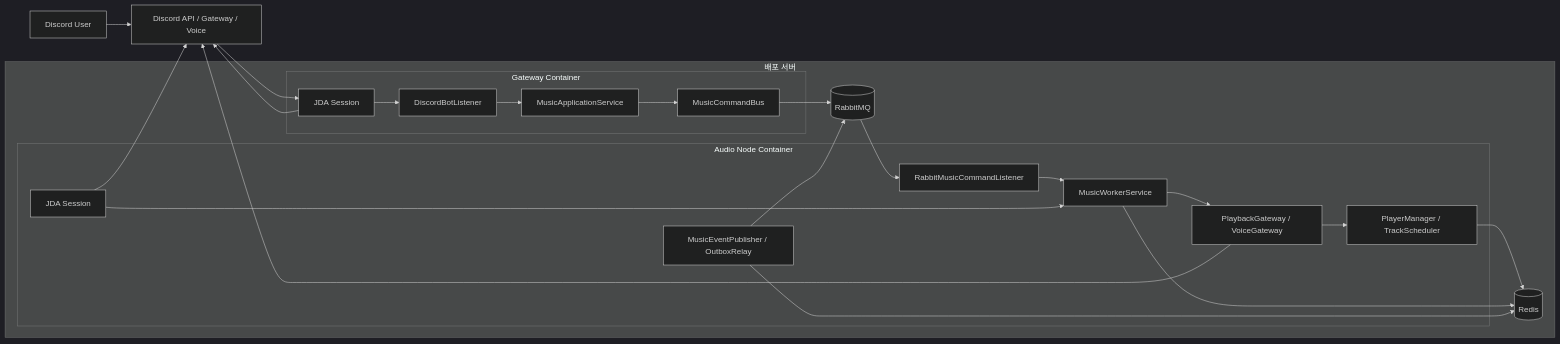
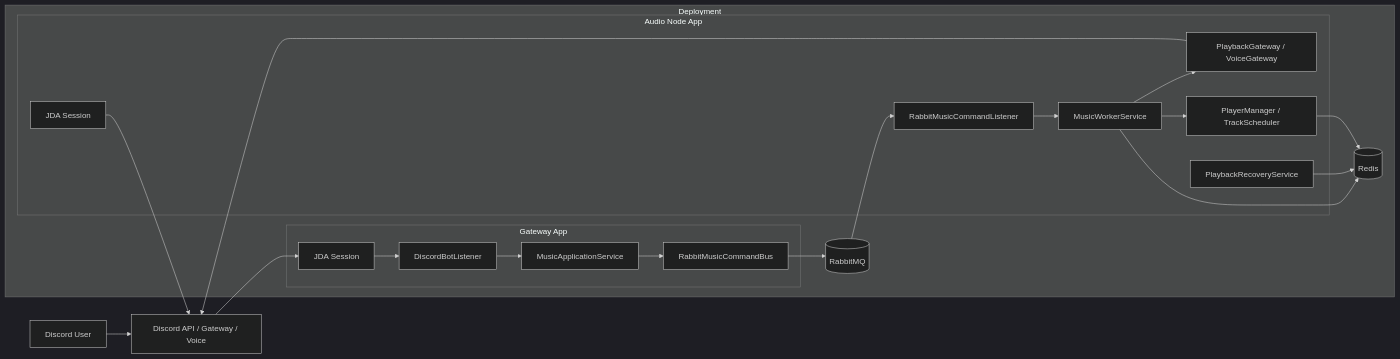
Before and after one commit to som141/dis: the diagram in docs/CURRENT_ARCHITECTURE.md, drawn with Mermaid (dark theme). The commit also changed other lines of this file and 41 other files, not shown here.

````diff
--- a/docs/CURRENT_ARCHITECTURE.md
+++ b/docs/CURRENT_ARCHITECTURE.md
@@ -17,46 +26,43 @@
 ```mermaid
 flowchart LR
     U[Discord User]
     D[Discord API / Gateway / Voice]
 
-    subgraph S[배포 서버]
-        subgraph G[Gateway Container]
+    subgraph SERVER[Deployment]
+        subgraph GATEWAY[Gateway App]
             G1[JDA Session]
             G2[DiscordBotListener]
             G3[MusicApplicationService]
-            G4[MusicCommandBus]
+            G4[RabbitMusicCommandBus]
         end
 
-        subgraph A[Audio Node Container]
+        subgraph AUDIO[Audio Node App]
             A1[JDA Session]
             A2[RabbitMusicCommandListener]
             A3[MusicWorkerService]
             A4[PlaybackGateway / VoiceGateway]
             A5[PlayerManager / TrackScheduler]
-            A6[MusicEventPublisher / OutboxRelay]
+            A6[PlaybackRecoveryService]
         end
 
         R[(Redis)]
         MQ[(RabbitMQ)]
     end
 
     U --> D
     D --> G1
     G1 --> G2
     G2 --> G3
     G3 --> G4
     G4 --> MQ
 
     MQ --> A2
     A2 --> A3
     A3 --> A4
+    A3 --> A5
+    A3 --> R
+    A5 --> R
+    A6 --> R
     A4 --> D
-    A4 --> A5
-    A5 --> R
-    A3 --> R
-    A6 --> MQ
-    A6 --> R
-    G1 --> D
     A1 --> D
-    A1 --> A3
 ```
````
